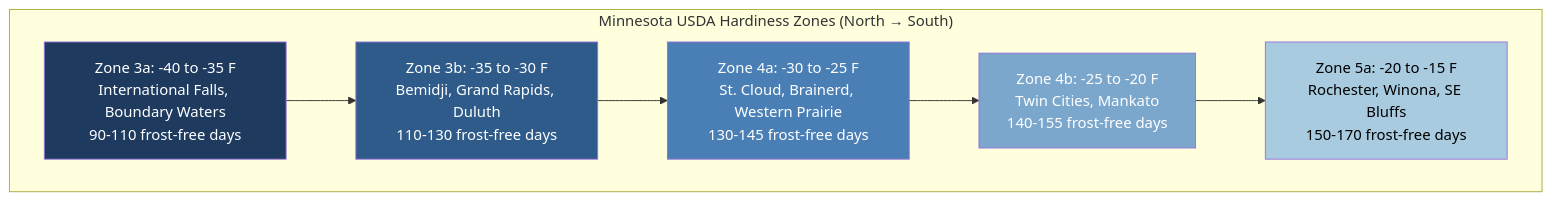
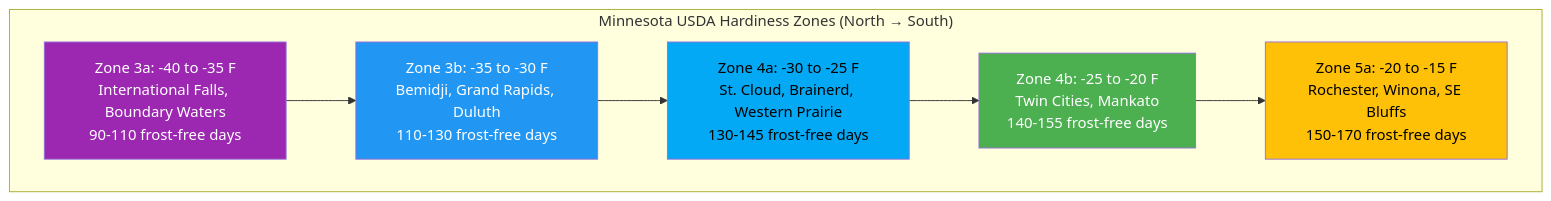
Before and after one commit to arunbatchu/minnesota-native-plants: the second of 2 diagrams in docs/chapters/02-ecoregions-growing-conditions/index.md, drawn with Mermaid. The commit also changed other lines of this file and 10 other files, not shown here.

First line of the commit message:
Fix Mermaid diagram colors for accessibility — high contrast palette

````diff
--- a/docs/chapters/02-ecoregions-growing-conditions/index.md
+++ b/docs/chapters/02-ecoregions-growing-conditions/index.md
@@ -263,18 +263,18 @@
 ```mermaid
 flowchart TD
     subgraph zones["Minnesota USDA Hardiness Zones (North → South)"]
         Z3A["Zone 3a: -40 to -35 F<br/>International Falls, Boundary Waters<br/>90-110 frost-free days"]
         Z3B["Zone 3b: -35 to -30 F<br/>Bemidji, Grand Rapids, Duluth<br/>110-130 frost-free days"]
         Z4A["Zone 4a: -30 to -25 F<br/>St. Cloud, Brainerd, Western Prairie<br/>130-145 frost-free days"]
         Z4B["Zone 4b: -25 to -20 F<br/>Twin Cities, Mankato<br/>140-155 frost-free days"]
         Z5A["Zone 5a: -20 to -15 F<br/>Rochester, Winona, SE Bluffs<br/>150-170 frost-free days"]
     end
 
     Z3A --> Z3B --> Z4A --> Z4B --> Z5A
 
-    style Z3A fill:#1E3A5F,color:#fff
-    style Z3B fill:#2E5B8A,color:#fff
-    style Z4A fill:#4A7FB5,color:#fff
-    style Z4B fill:#7BA7CC,color:#fff
-    style Z5A fill:#A8CBE0,color:#000
+    style Z3A fill:#9C27B0,color:#fff
+    style Z3B fill:#2196F3,color:#fff
+    style Z4A fill:#03A9F4,color:#000
+    style Z4B fill:#4CAF50,color:#fff
+    style Z5A fill:#FFC107,color:#000
 ```
````
